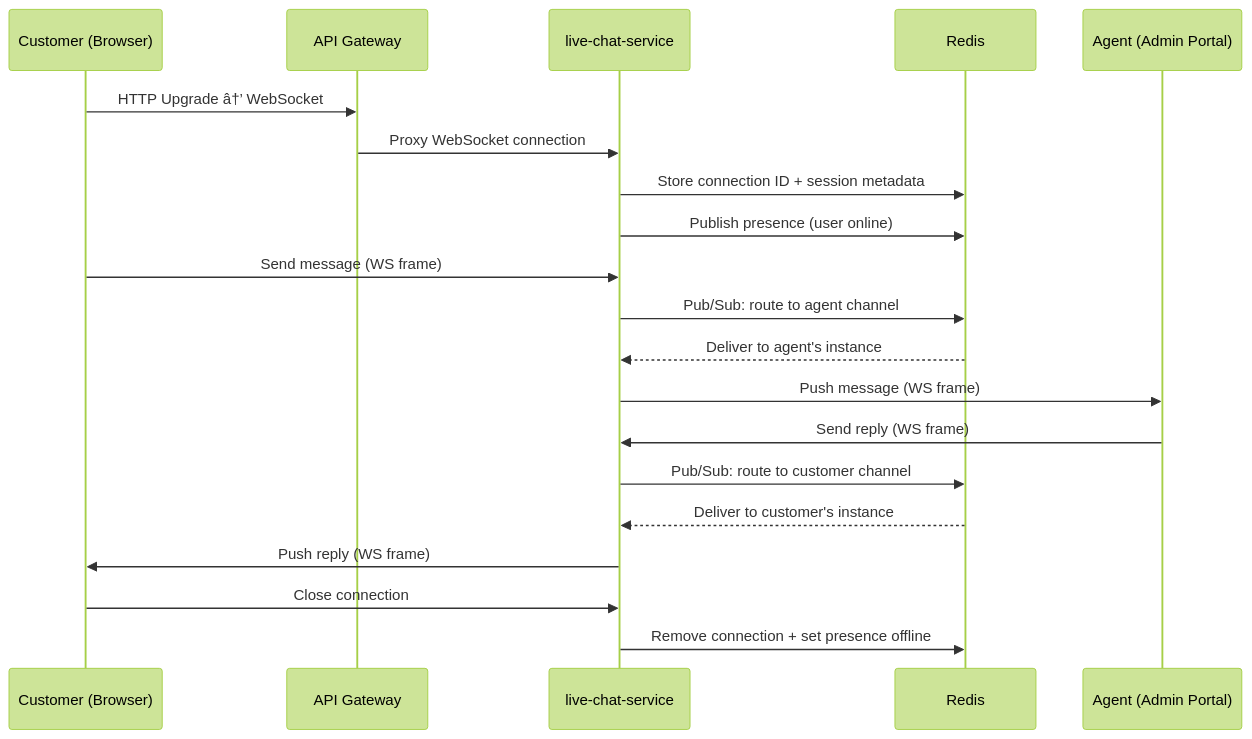
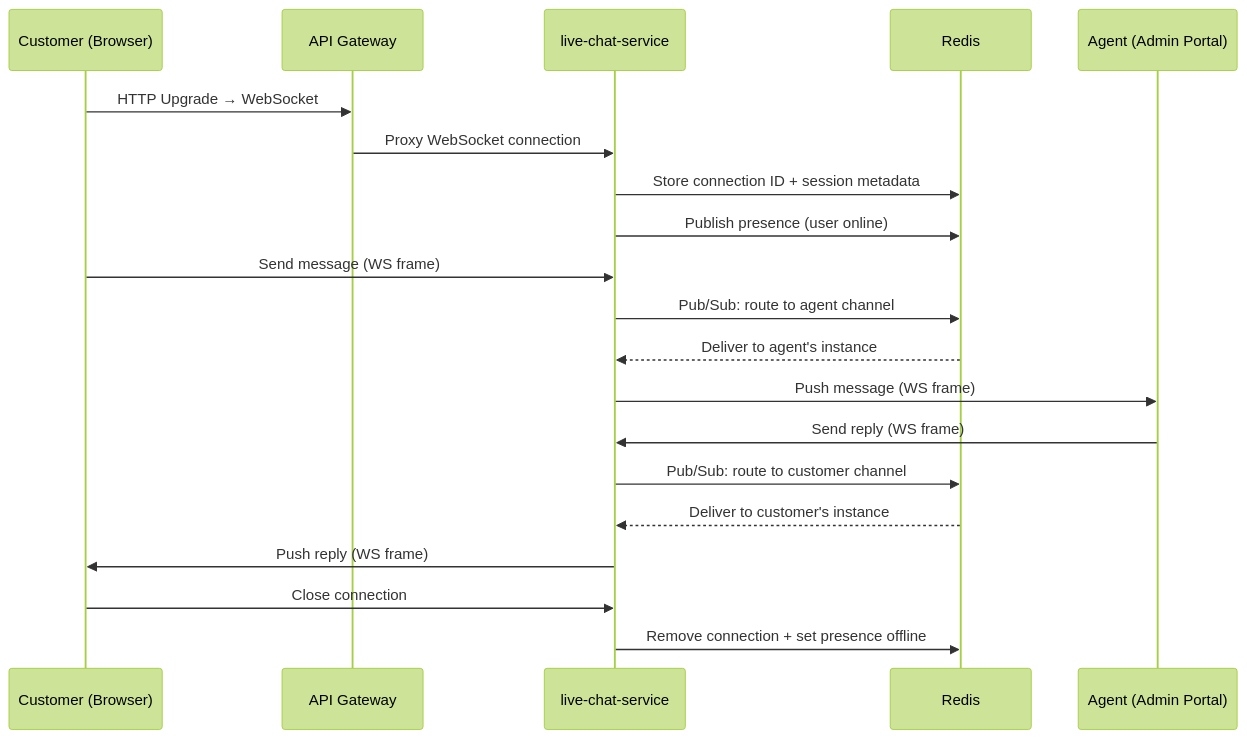
One commit to prabhat-roy/ShopOS changed the diagram in src/customer-experience/live-chat-service/README.md. Above: the diagram before and after it, drawn with Mermaid (forest theme). The commit also changed other lines of this file and 2221 other files, not shown here.

````diff
--- a/src/customer-experience/live-chat-service/README.md
+++ b/src/customer-experience/live-chat-service/README.md
@@ -11,26 +11,26 @@
 ```mermaid
 sequenceDiagram
     participant C as Customer (Browser)
     participant GW as API Gateway
     participant LC as live-chat-service
     participant R as Redis
     participant A as Agent (Admin Portal)
 
-    C->>GW: HTTP Upgrade â†’ WebSocket
+    C->>GW: HTTP Upgrade → WebSocket
     GW->>LC: Proxy WebSocket connection
     LC->>R: Store connection ID + session metadata
     LC->>R: Publish presence (user online)
 
     C->>LC: Send message (WS frame)
     LC->>R: Pub/Sub: route to agent channel
     R-->>LC: Deliver to agent's instance
     LC->>A: Push message (WS frame)
 
     A->>LC: Send reply (WS frame)
     LC->>R: Pub/Sub: route to customer channel
     R-->>LC: Deliver to customer's instance
     LC->>C: Push reply (WS frame)
 
     C->>LC: Close connection
     LC->>R: Remove connection + set presence offline
 ```
````
